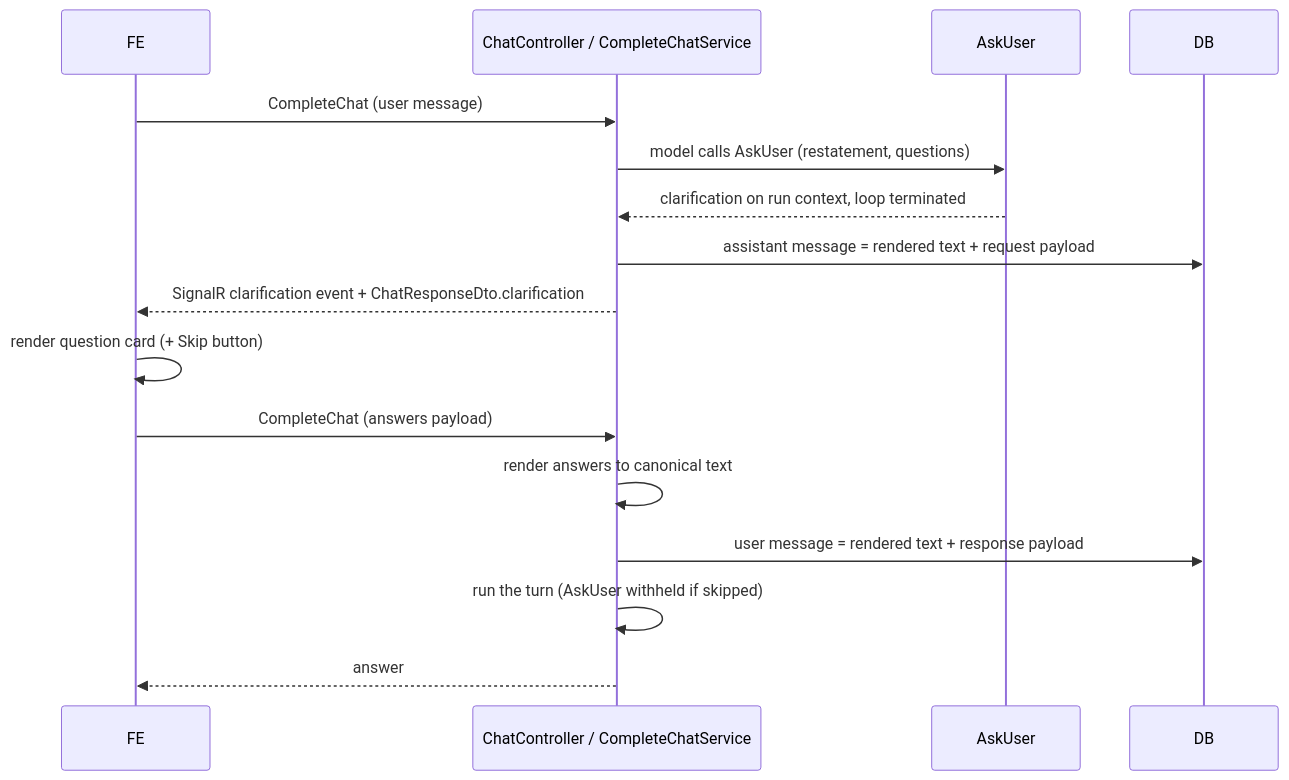
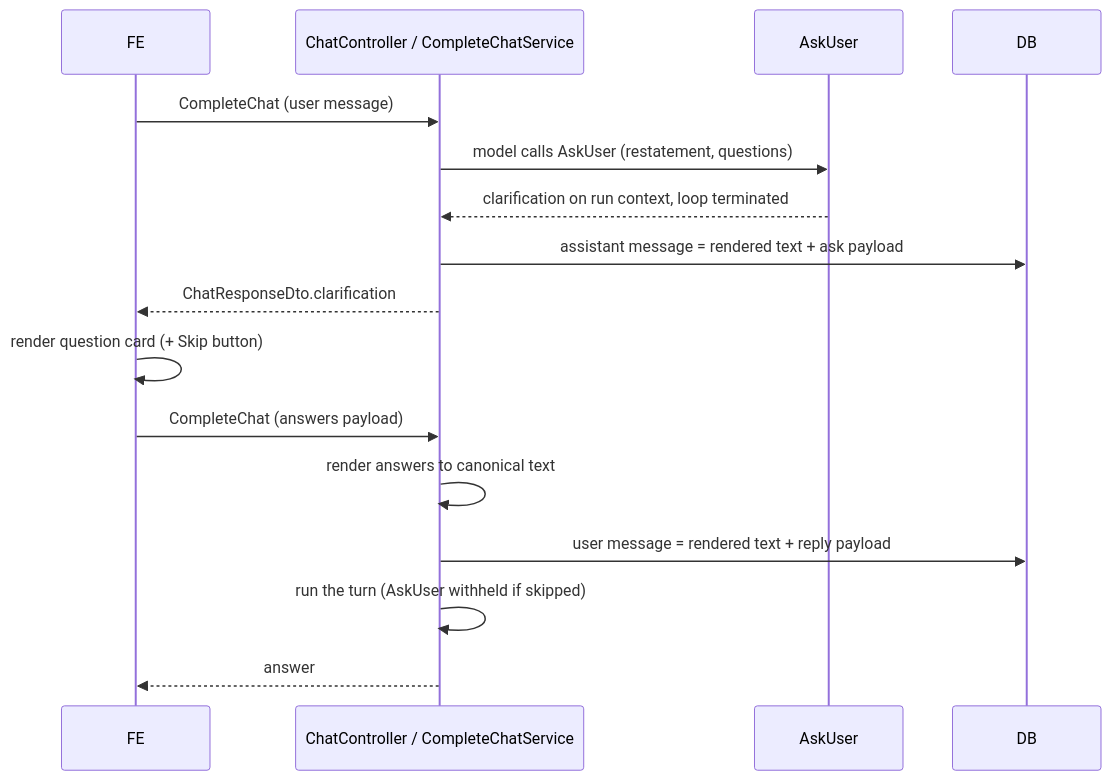
Before and after one commit to alex-nanai-ant/ana-design-docs: the diagram in structured-clarification-questions.md, drawn with Mermaid. The commit also changed other lines of this file and 4 other files, not shown here.

````diff
--- a/structured-clarification-questions.md
+++ b/structured-clarification-questions.md
@@ -70,19 +94,19 @@
 ```mermaid
 sequenceDiagram
     participant FE
     participant API as ChatController / CompleteChatService
     participant Tool as AskUser
     participant DB
 
     FE->>API: CompleteChat (user message)
     API->>Tool: model calls AskUser (restatement, questions)
     Tool-->>API: clarification on run context, loop terminated
-    API->>DB: assistant message = rendered text + request payload
-    API-->>FE: SignalR clarification event + ChatResponseDto.clarification
+    API->>DB: assistant message = rendered text + ask payload
+    API-->>FE: ChatResponseDto.clarification
     FE->>FE: render question card (+ Skip button)
     FE->>API: CompleteChat (answers payload)
     API->>API: render answers to canonical text
-    API->>DB: user message = rendered text + response payload
+    API->>DB: user message = rendered text + reply payload
     API->>API: run the turn (AskUser withheld if skipped)
     API-->>FE: answer
 ```
````
